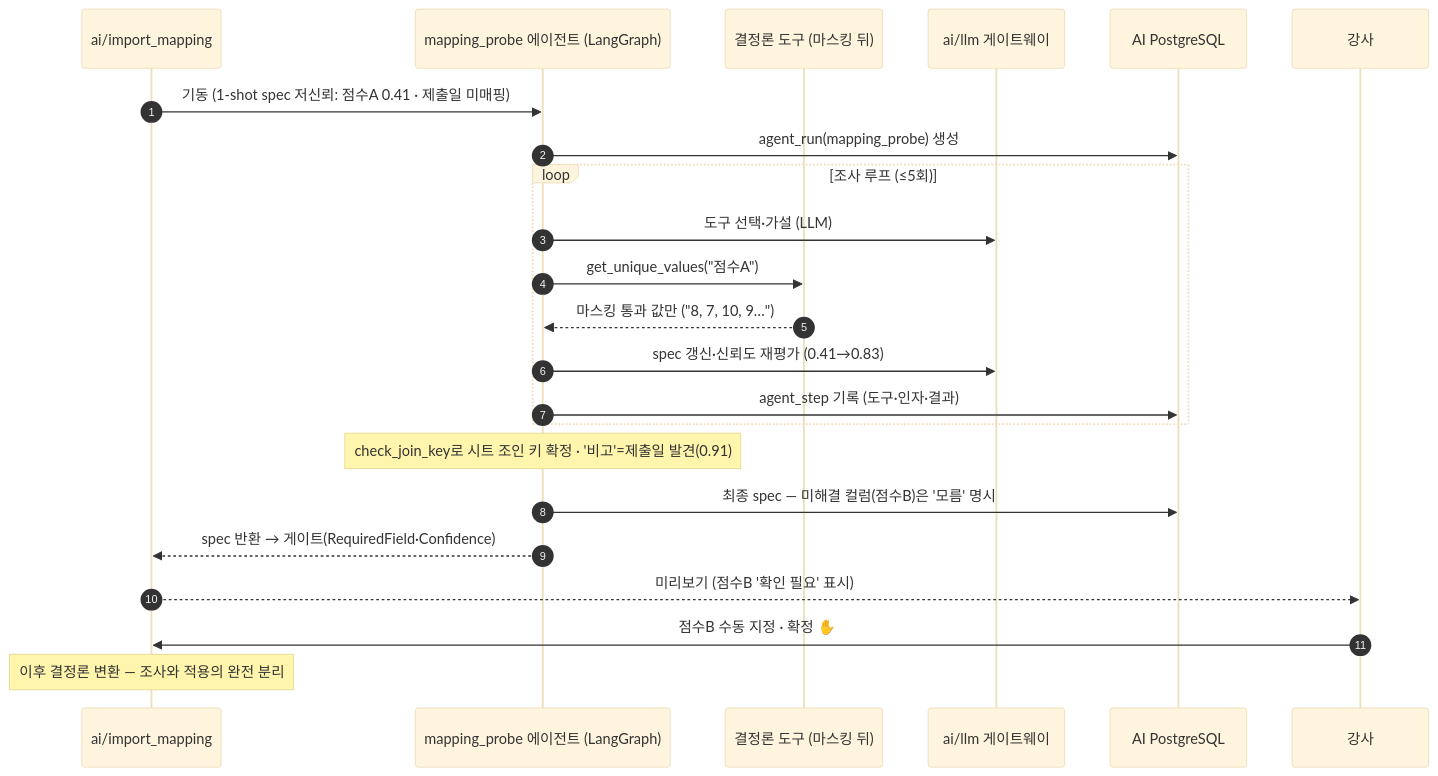
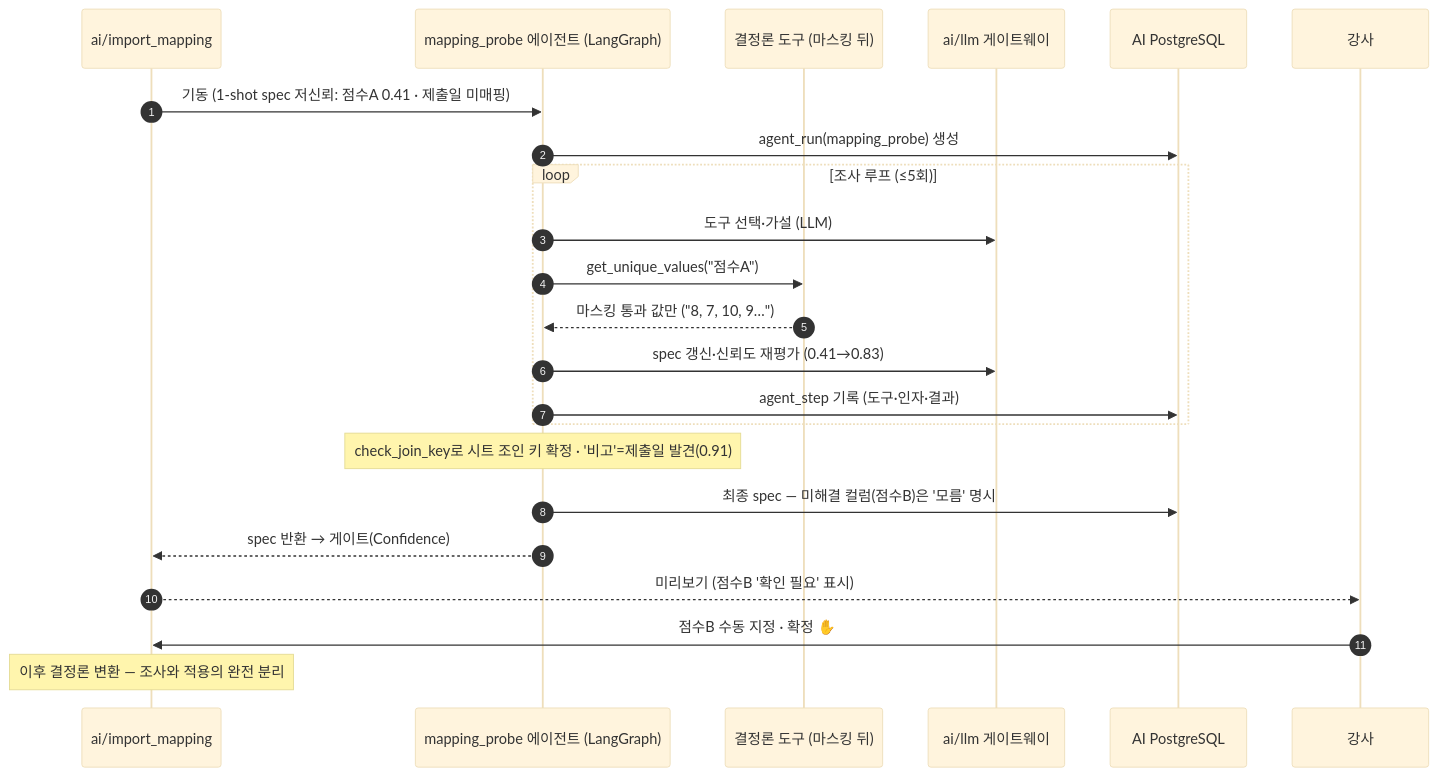
One commit to MTVS5-CheckOn/CheckOn-AI changed diagram 11 of 12 in docs/part_a/02_design.md. Above: the diagram before and after it, drawn with Mermaid (base theme). The commit also changed other lines of this file and 6 other files, not shown here.

First line of the commit message:
docs(import): 승우 확정 반영 잔여 정리 — §2 표 RequiredField·probe 주석

````diff
--- a/docs/part_a/02_design.md
+++ b/docs/part_a/02_design.md
@@ -291,25 +291,25 @@
 ```mermaid
 sequenceDiagram
   autonumber
   participant IMP as ai/import_mapping
   participant AG as mapping_probe 에이전트 (LangGraph)
   participant TL as 결정론 도구 (마스킹 뒤)
   participant GW as ai/llm 게이트웨이
   participant PG as AI PostgreSQL
   participant T as 강사
   IMP->>AG: 기동 (1-shot spec 저신뢰: 점수A 0.41 · 제출일 미매핑)
   AG->>PG: agent_run(mapping_probe) 생성
   loop 조사 루프 (≤5회)
     AG->>GW: 도구 선택·가설 (LLM)
     AG->>TL: get_unique_values("점수A")
     TL-->>AG: 마스킹 통과 값만 ("8, 7, 10, 9…")
     AG->>GW: spec 갱신·신뢰도 재평가 (0.41→0.83)
     AG->>PG: agent_step 기록 (도구·인자·결과)
   end
   Note over AG: check_join_key로 시트 조인 키 확정 · '비고'=제출일 발견(0.91)
   AG->>PG: 최종 spec — 미해결 컬럼(점수B)은 '모름' 명시
-  AG-->>IMP: spec 반환 → 게이트(RequiredField·Confidence)
+  AG-->>IMP: spec 반환 → 게이트(Confidence)
   IMP-->>T: 미리보기 (점수B '확인 필요' 표시)
   T->>IMP: 점수B 수동 지정 · 확정 ✋
   Note over IMP: 이후 결정론 변환 — 조사와 적용의 완전 분리
 ```
````
